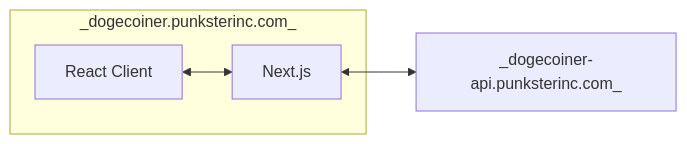
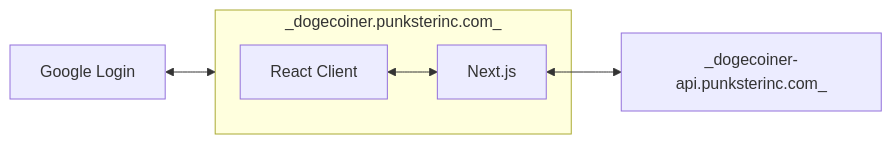
The second of 4 diagrams in tech-docs/docs/index.md (abardandev/tech-docs), drawn with Mermaid before and after one commit. The commit also changed other lines of this file and 1 other file, not shown here.

````diff
--- a/tech-docs/docs/index.md
+++ b/tech-docs/docs/index.md
@@ -45,7 +46,8 @@
 ```mermaid
 flowchart LR
+    G[Google Login] <--> S1
     subgraph S1[_dogecoiner.punksterinc.com_]
         A[React Client] <--> B[Next.js];
     end
     B <--> D[_dogecoiner-api.punksterinc.com_];
 ```
````
